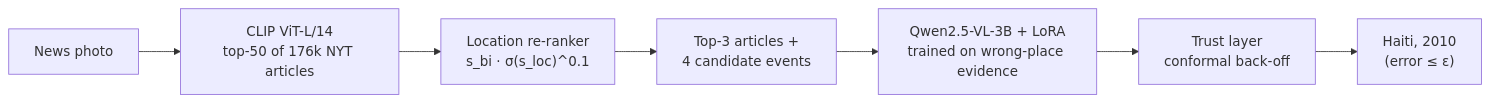
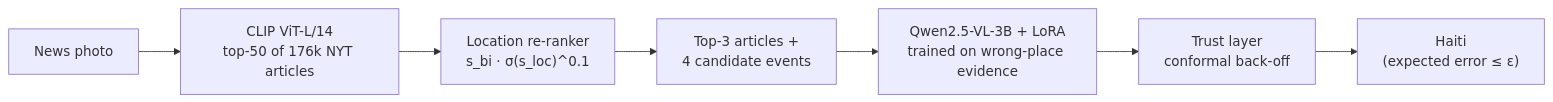
Before and after one commit to Tanny-24/geotag: the diagram in README.md, drawn with Mermaid. The commit also changed other lines of this file, not shown here.

````diff
--- a/README.md
+++ b/README.md
@@ -11,9 +11,9 @@
 ```mermaid
 flowchart LR
   A["News photo"] --> B["CLIP ViT-L/14<br/>top-50 of 176k NYT articles"]
   B --> C["Location re-ranker<br/>s_bi · σ(s_loc)^0.1"]
   C --> D["Top-3 articles +<br/>4 candidate events"]
   D --> E["Qwen2.5-VL-3B + LoRA<br/>trained on wrong-place evidence"]
   E --> F["Trust layer<br/>conformal back-off"]
-  F --> G["Haiti, 2010<br/>(error ≤ ε)"]
+  F --> G["Haiti<br/>(expected error ≤ ε)"]
 ```
````
